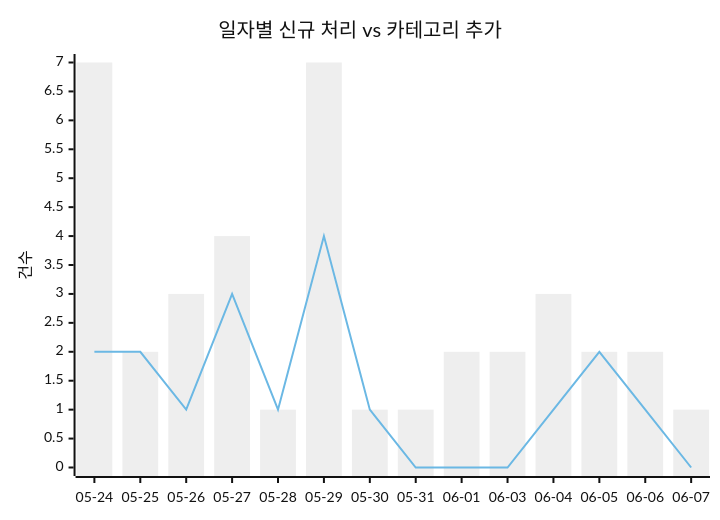
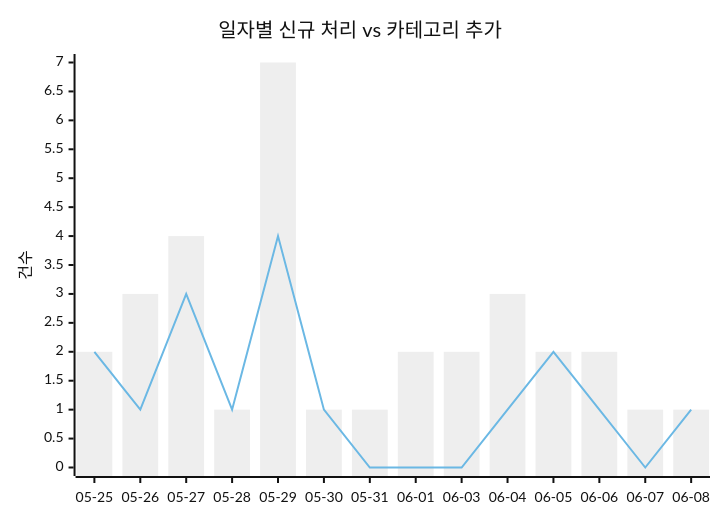
Before and after one commit to J-nowcow/awesome-korean-agent-skills: the first of 2 diagrams in docs/trends.md, drawn with Mermaid (neutral theme). The commit also changed other lines of this file and 28 other files, not shown here.

````diff
--- a/docs/trends.md
+++ b/docs/trends.md
@@ -32,8 +32,8 @@
 ```mermaid
 xychart-beta
     title "일자별 신규 처리 vs 카테고리 추가"
-    x-axis ["05-24","05-25","05-26","05-27","05-28","05-29","05-30","05-31","06-01","06-03","06-04","06-05","06-06","06-07"]
+    x-axis ["05-25","05-26","05-27","05-28","05-29","05-30","05-31","06-01","06-03","06-04","06-05","06-06","06-07","06-08"]
     y-axis "건수"
-    bar [7,2,3,4,1,7,1,1,2,2,3,2,2,1]
-    line [2,2,1,3,1,4,1,0,0,0,1,2,1,0]
+    bar [2,3,4,1,7,1,1,2,2,3,2,2,1,1]
+    line [2,1,3,1,4,1,0,0,0,1,2,1,0,1]
 ```
````
